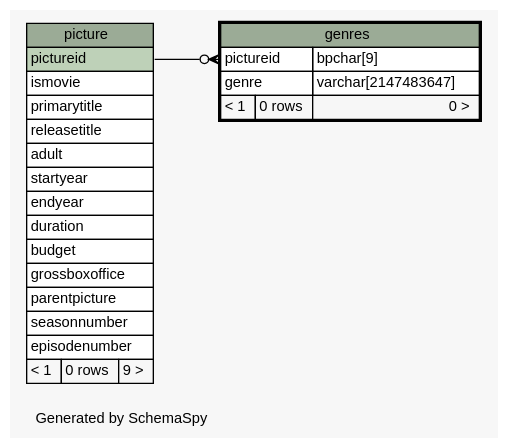
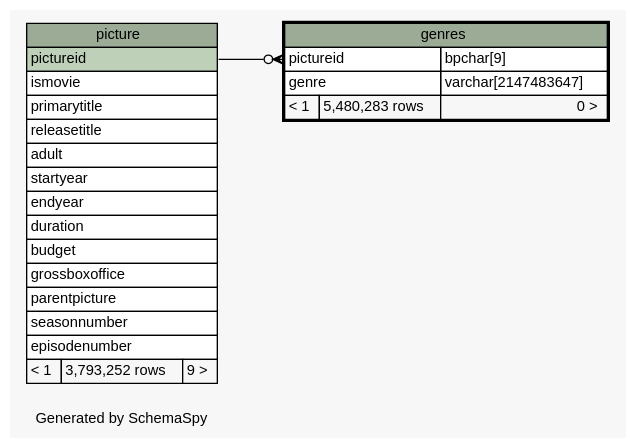
Before and after one commit to sipian/CS3563-DBMS: the diagram in populating-tables/schemaspy/diagrams/genres.1degree.dot, drawn with Graphviz. The commit also changed 65 other files, not shown here.

```diff
--- a/populating-tables/schemaspy/diagrams/genres.1degree.dot
+++ b/populating-tables/schemaspy/diagrams/genres.1degree.dot
@@ -1,56 +1,56 @@
 // dot 2.38.0 on Linux 4.13.0-32-generic
 // SchemaSpy rev 590
 digraph "oneDegreeRelationshipsDiagram" {
   graph [
     rankdir="RL"
     bgcolor="#f7f7f7"
     label="\nGenerated by SchemaSpy"
     labeljust="l"
     nodesep="0.18"
     ranksep="0.46"
     fontname="Helvetica"
     fontsize="11"
   ];
   node [
     fontname="Helvetica"
     fontsize="11"
     shape="plaintext"
   ];
   edge [
     arrowsize="0.8"
   ];
   "genres":"pictureid":w -> "picture":"pictureid":e [arrowhead=none dir=back arrowtail=crowodot];
   "genres" [
     label=<
     <TABLE BORDER="2" CELLBORDER="1" CELLSPACING="0" BGCOLOR="#ffffff">
       <TR><TD COLSPAN="3" BGCOLOR="#9bab96" ALIGN="CENTER">genres</TD></TR>
       <TR><TD PORT="pictureid" COLSPAN="2" ALIGN="LEFT">pictureid</TD><TD PORT="pictureid.type" ALIGN="LEFT">bpchar[9]</TD></TR>
       <TR><TD PORT="genre" COLSPAN="2" ALIGN="LEFT">genre</TD><TD PORT="genre.type" ALIGN="LEFT">varchar[2147483647]</TD></TR>
-      <TR><TD ALIGN="LEFT" BGCOLOR="#f7f7f7">&lt; 1</TD><TD ALIGN="RIGHT" BGCOLOR="#f7f7f7">0 rows</TD><TD ALIGN="RIGHT" BGCOLOR="#f7f7f7">0 &gt;</TD></TR>
+      <TR><TD ALIGN="LEFT" BGCOLOR="#f7f7f7">&lt; 1</TD><TD ALIGN="RIGHT" BGCOLOR="#f7f7f7">5,480,283 rows</TD><TD ALIGN="RIGHT" BGCOLOR="#f7f7f7">0 &gt;</TD></TR>
     </TABLE>>
     URL="genres.html"
     tooltip="genres"
   ];
   "picture" [
     label=<
     <TABLE BORDER="0" CELLBORDER="1" CELLSPACING="0" BGCOLOR="#ffffff">
       <TR><TD COLSPAN="3" BGCOLOR="#9bab96" ALIGN="CENTER">picture</TD></TR>
       <TR><TD PORT="pictureid" COLSPAN="3" BGCOLOR="#bed1b8" ALIGN="LEFT">pictureid</TD></TR>
       <TR><TD PORT="ismovie" COLSPAN="3" ALIGN="LEFT">ismovie</TD></TR>
       <TR><TD PORT="primarytitle" COLSPAN="3" ALIGN="LEFT">primarytitle</TD></TR>
       <TR><TD PORT="releasetitle" COLSPAN="3" ALIGN="LEFT">releasetitle</TD></TR>
       <TR><TD PORT="adult" COLSPAN="3" ALIGN="LEFT">adult</TD></TR>
       <TR><TD PORT="startyear" COLSPAN="3" ALIGN="LEFT">startyear</TD></TR>
       <TR><TD PORT="endyear" COLSPAN="3" ALIGN="LEFT">endyear</TD></TR>
       <TR><TD PORT="duration" COLSPAN="3" ALIGN="LEFT">duration</TD></TR>
       <TR><TD PORT="budget" COLSPAN="3" ALIGN="LEFT">budget</TD></TR>
       <TR><TD PORT="grossboxoffice" COLSPAN="3" ALIGN="LEFT">grossboxoffice</TD></TR>
       <TR><TD PORT="parentpicture" COLSPAN="3" ALIGN="LEFT">parentpicture</TD></TR>
       <TR><TD PORT="seasonnumber" COLSPAN="3" ALIGN="LEFT">seasonnumber</TD></TR>
       <TR><TD PORT="episodenumber" COLSPAN="3" ALIGN="LEFT">episodenumber</TD></TR>
-      <TR><TD ALIGN="LEFT" BGCOLOR="#f7f7f7">&lt; 1</TD><TD ALIGN="RIGHT" BGCOLOR="#f7f7f7">0 rows</TD><TD ALIGN="RIGHT" BGCOLOR="#f7f7f7">9 &gt;</TD></TR>
+      <TR><TD ALIGN="LEFT" BGCOLOR="#f7f7f7">&lt; 1</TD><TD ALIGN="RIGHT" BGCOLOR="#f7f7f7">3,793,252 rows</TD><TD ALIGN="RIGHT" BGCOLOR="#f7f7f7">9 &gt;</TD></TR>
     </TABLE>>
     URL="picture.html"
     tooltip="picture"
   ];
 }
```
